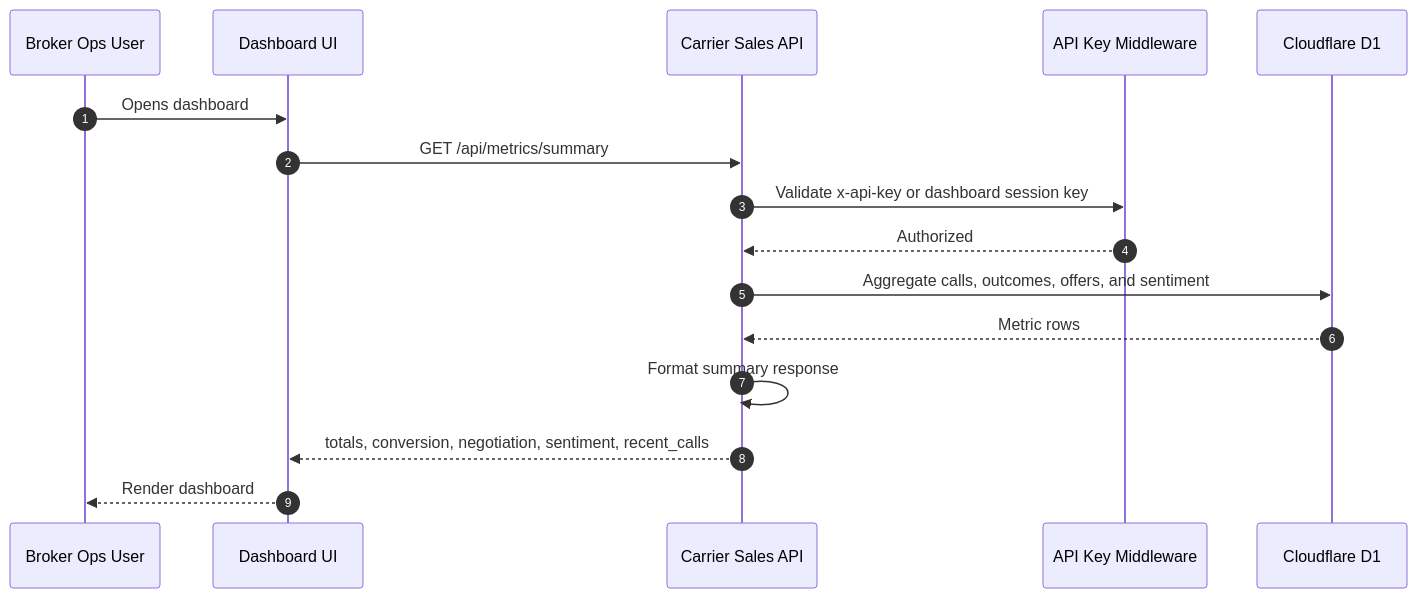
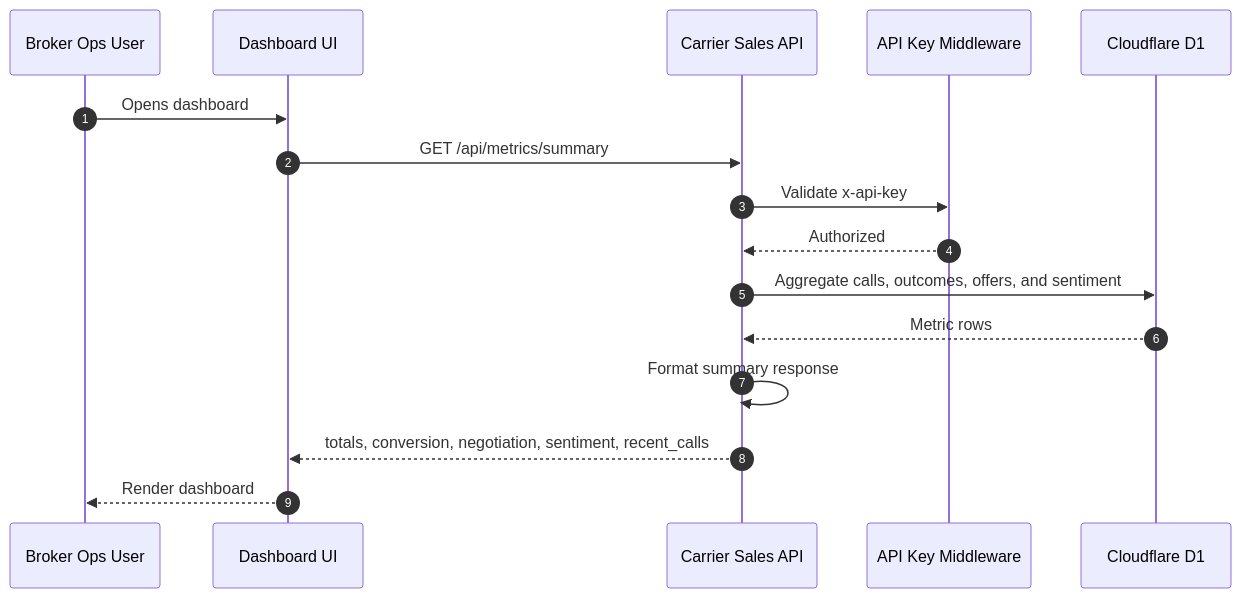
The sixth of 6 diagrams in docs/api/sequences.md (haactech/happy-robot-challenge), drawn with Mermaid before and after one commit. The commit also changed other lines of this file and 4 other files, not shown here.

````diff
--- a/docs/api/sequences.md
+++ b/docs/api/sequences.md
@@ -190,19 +190,19 @@
 ```mermaid
 sequenceDiagram
     autonumber
     participant User as Broker Ops User
     participant UI as Dashboard UI
     participant API as Carrier Sales API
     participant Auth as API Key Middleware
     participant DB as Cloudflare D1
 
     User->>UI: Opens dashboard
     UI->>API: GET /api/metrics/summary
-    API->>Auth: Validate x-api-key or dashboard session key
+    API->>Auth: Validate x-api-key
     Auth-->>API: Authorized
     API->>DB: Aggregate calls, outcomes, offers, and sentiment
     DB-->>API: Metric rows
     API->>API: Format summary response
     API-->>UI: totals, conversion, negotiation, sentiment, recent_calls
     UI-->>User: Render dashboard
 ```
````
